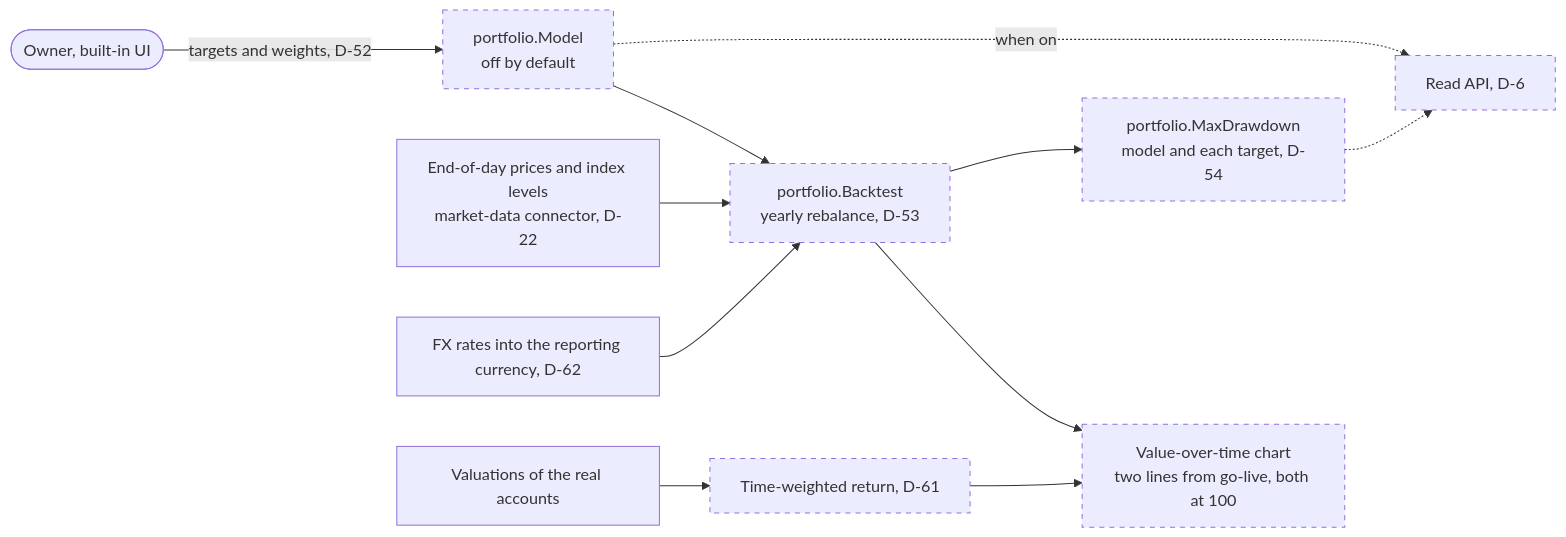
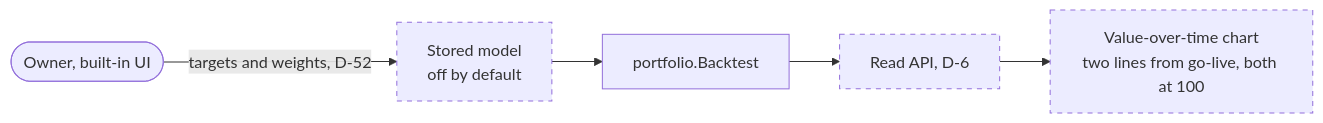
Before and after one commit to arkadiuss/openfief: the fourth of 4 diagrams in docs/concepts/portfolio.md, drawn with Mermaid. The commit also changed other lines of this file and 99 other files, not shown here.

First line of the commit message:
feat(portfolio): model portfolio targets, backtest and max drawdown (D-52..D-54)

````diff
--- a/docs/concepts/portfolio.md
+++ b/docs/concepts/portfolio.md
@@ -79,15 +108,9 @@
 ```mermaid
 flowchart LR
-  owner(["Owner, built-in UI"]) -- "targets and weights, D-52" --> model["portfolio.Model<br/>off by default"]
-  prices["End-of-day prices and index levels<br/>market-data connector, D-22"] --> bt
-  fx["FX rates into the reporting currency, D-62"] --> bt
-  model --> bt["portfolio.Backtest<br/>yearly rebalance, D-53"]
-  vals["Valuations of the real accounts"] --> twr["Time-weighted return, D-61"]
-  bt --> chart["Value-over-time chart<br/>two lines from go-live, both at 100"]
-  twr --> chart
-  bt --> dd["portfolio.MaxDrawdown<br/>model and each target, D-54"]
-  model -. "when on" .-> api["Read API, D-6"]
-  dd -.-> api
+  owner(["Owner, built-in UI"]) -- "targets and weights, D-52" --> store["Stored model<br/>off by default"]
+  store --> bt["portfolio.Backtest"]
+  bt --> api["Read API, D-6"]
+  api --> chart["Value-over-time chart<br/>two lines from go-live, both at 100"]
   classDef notbuilt stroke-dasharray: 5 5
-  class model,bt,twr,chart,dd,api notbuilt
+  class store,api,chart notbuilt
 ```
````
